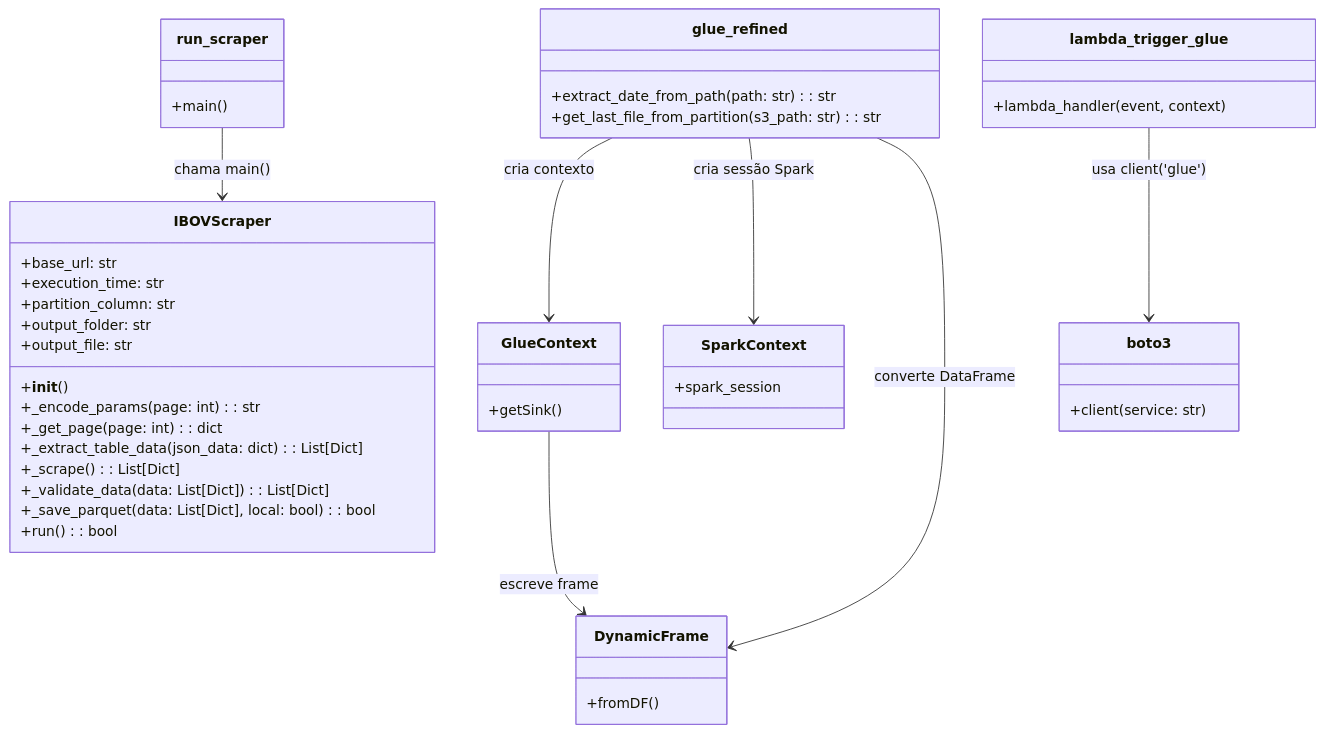
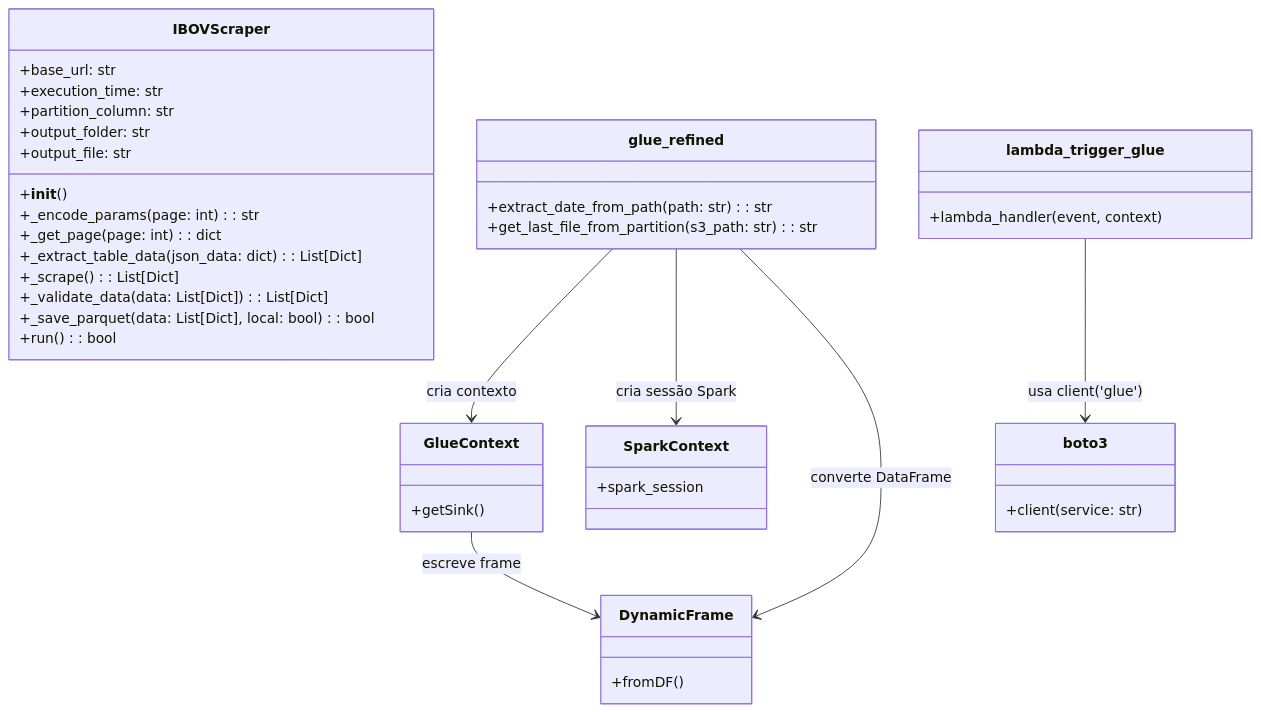
One commit to vagnerasilva/mle_tech_chalenge_2 changed the second of 2 diagrams in technical_documentation.md. Above: the diagram before and after it, drawn with Mermaid. The commit also changed other lines of this file and 4 other files, not shown here.

````diff
--- a/technical_documentation.md
+++ b/technical_documentation.md
@@ -41,54 +38,49 @@
 ```mermaid
 classDiagram
-    class run_scraper {
-        +main()
-    }
-    
     class IBOVScraper {
         +base_url: str
         +execution_time: str
         +partition_column: str
         +output_folder: str
         +output_file: str
         +__init__()
         +_encode_params(page: int): str
         +_get_page(page: int): dict
         +_extract_table_data(json_data: dict): List[Dict]
         +_scrape(): List[Dict]
         +_validate_data(data: List[Dict]): List[Dict]
         +_save_parquet(data: List[Dict], local: bool): bool
         +run(): bool
     }
     
     class lambda_trigger_glue {
         +lambda_handler(event, context)
     }
     
     class glue_refined {
         +extract_date_from_path(path: str): str
         +get_last_file_from_partition(s3_path: str): str
     }
     
     class GlueContext {
         +getSink()
     }
     
     class SparkContext {
         +spark_session
     }
     
     class DynamicFrame {
         +fromDF()
     }
     
     class boto3 {
         +client(service: str)
     }
     
-    run_scraper --> IBOVScraper : chama main()
     lambda_trigger_glue --> boto3 : usa client('glue')
     glue_refined --> GlueContext : cria contexto
     glue_refined --> SparkContext : cria sessão Spark
     glue_refined --> DynamicFrame : converte DataFrame
     GlueContext --> DynamicFrame : escreve frame
 ```
````
